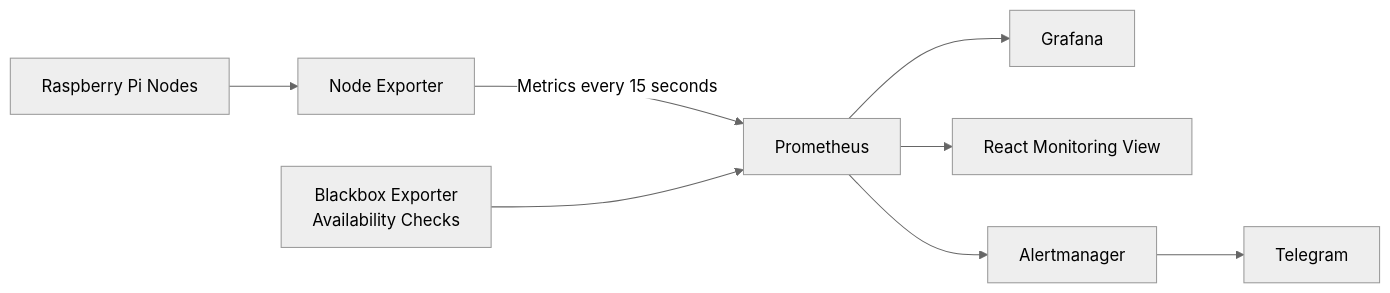
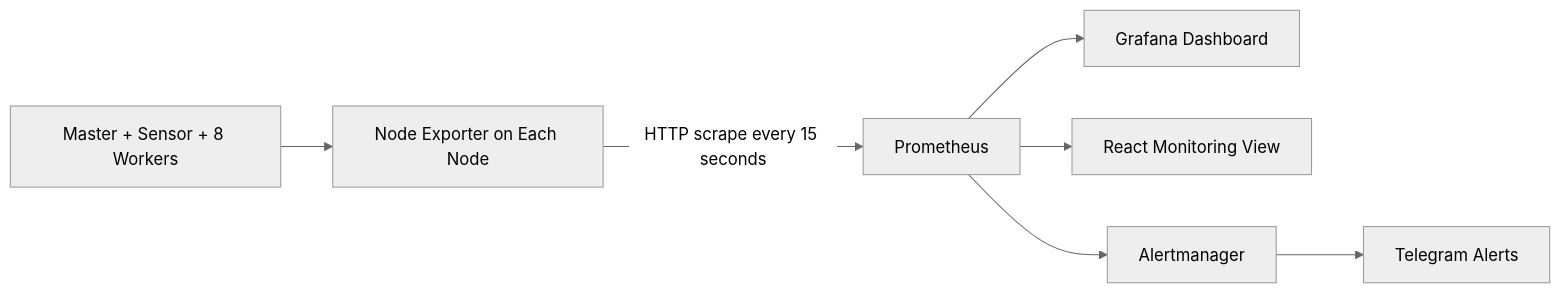
The sixth of 6 diagrams in task7-backend-documentation.md (azazmuzaffar/Newlauncher-5.0), drawn with Mermaid (neutral theme) before and after one commit. The commit also changed other lines of this file, not shown here.

````diff
--- a/task7-backend-documentation.md
+++ b/task7-backend-documentation.md
@@ -318,10 +397,9 @@
 ```mermaid
 flowchart LR
-    A[Raspberry Pi Nodes] --> B[Node Exporter]
-    B -->|Metrics every 15 seconds| C[Prometheus]
-    D[Blackbox Exporter<br/>Availability Checks] --> C
-    C --> E[Grafana]
-    C --> F[React Monitoring View]
-    C --> G[Alertmanager]
-    G --> H[Telegram]
+    A[Master + Sensor + 8 Workers] --> B[Node Exporter on Each Node]
+    B -->|HTTP scrape every 15 seconds| C[Prometheus]
+    C --> D[Grafana Dashboard]
+    C --> E[React Monitoring View]
+    C --> F[Alertmanager]
+    F --> G[Telegram Alerts]
 ```
````
